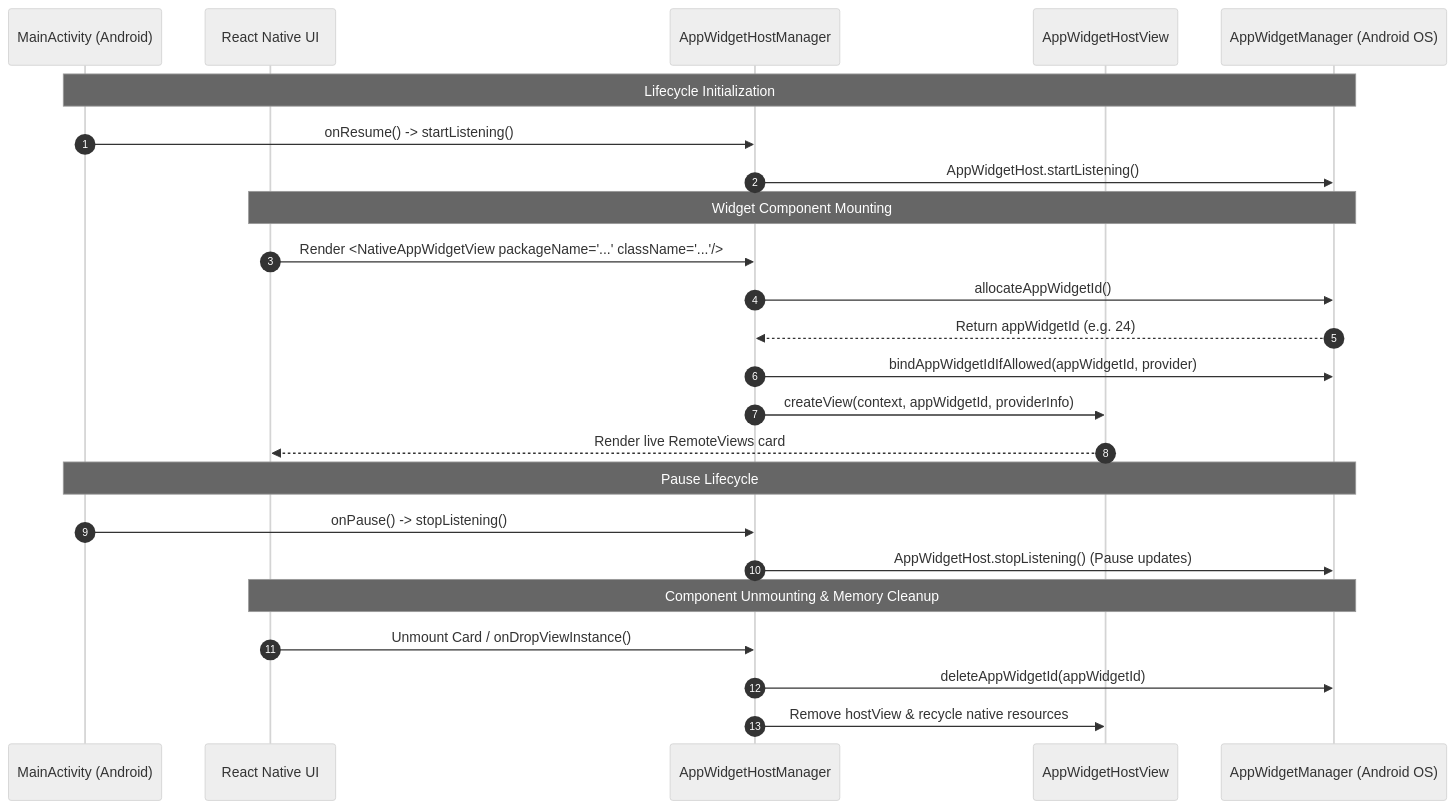
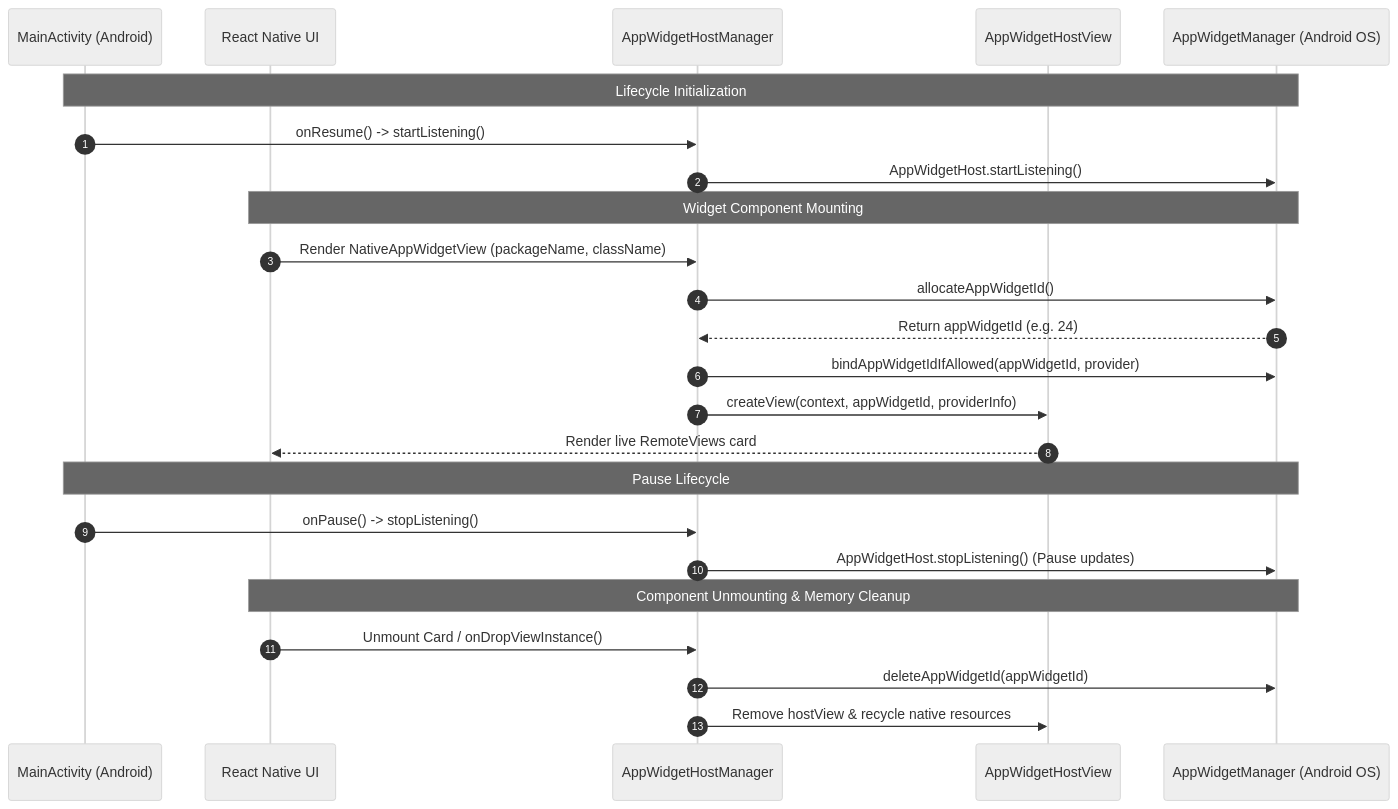
One commit to cfwork9601/tapo-widget-tvos changed the second of 3 diagrams in docs/ARCHITECTURE.md. Above: the diagram before and after it, drawn with Mermaid (neutral theme). The commit also changed other lines of this file and 1 other file, not shown here.

Commit message:
Fix Mermaid syntax formatting for GitHub renderer compatibility

````diff
--- a/docs/ARCHITECTURE.md
+++ b/docs/ARCHITECTURE.md
@@ -107,30 +107,30 @@
 ```mermaid
 sequenceDiagram
     autonumber
     participant Activity as MainActivity (Android)
     participant RN as React Native UI
     participant Manager as AppWidgetHostManager
     participant HostView as AppWidgetHostView
     participant OS as AppWidgetManager (Android OS)
 
     Note over Activity, OS: Lifecycle Initialization
     Activity->>Manager: onResume() -> startListening()
     Manager->>OS: AppWidgetHost.startListening()
 
     Note over RN, OS: Widget Component Mounting
-    RN->>Manager: Render <NativeAppWidgetView packageName="..." className="..."/>
+    RN->>Manager: Render NativeAppWidgetView (packageName, className)
     Manager->>OS: allocateAppWidgetId()
     OS-->>Manager: Return appWidgetId (e.g. 24)
     Manager->>OS: bindAppWidgetIdIfAllowed(appWidgetId, provider)
     Manager->>HostView: createView(context, appWidgetId, providerInfo)
     HostView-->>RN: Render live RemoteViews card
 
     Note over Activity, OS: Pause Lifecycle
     Activity->>Manager: onPause() -> stopListening()
     Manager->>OS: AppWidgetHost.stopListening() (Pause updates)
 
     Note over RN, OS: Component Unmounting & Memory Cleanup
     RN->>Manager: Unmount Card / onDropViewInstance()
     Manager->>OS: deleteAppWidgetId(appWidgetId)
     Manager->>HostView: Remove hostView & recycle native resources
 ```
````
